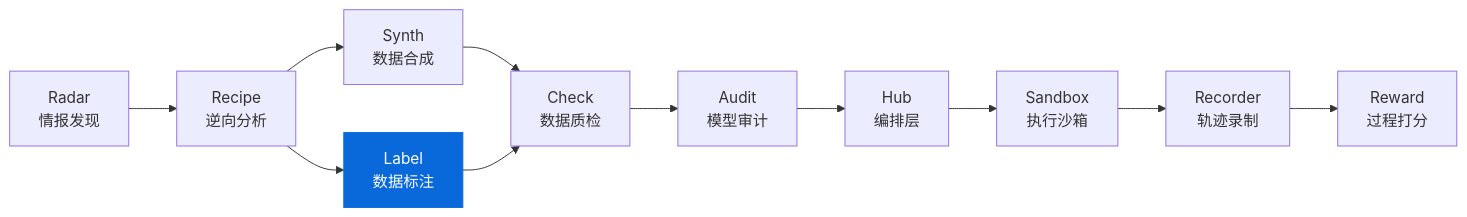
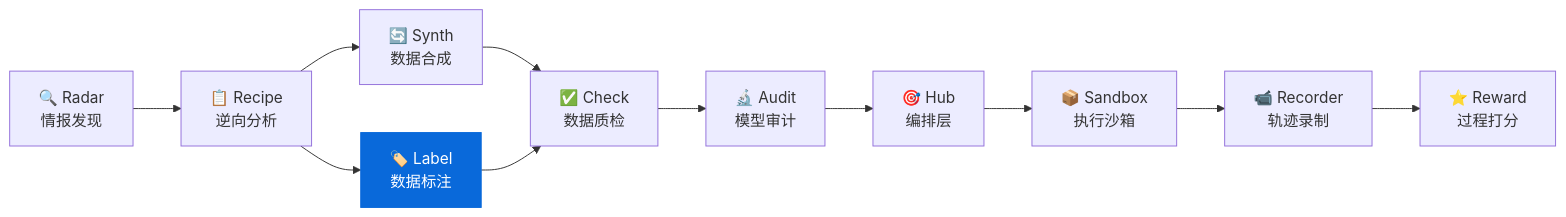
One commit to liuxiaotong/data-label changed the diagram in README.md. Above: the diagram before and after it, drawn with Mermaid.

Commit message:
docs: Mermaid 图补充 emoji 与其他项目统一

````diff
--- a/README.md
+++ b/README.md
@@ -637,14 +637,14 @@
 ```mermaid
 graph LR
-    Radar["Radar<br/>情报发现"] --> Recipe["Recipe<br/>逆向分析"]
-    Recipe --> Synth["Synth<br/>数据合成"]
-    Recipe --> Label["Label<br/>数据标注"]
-    Synth --> Check["Check<br/>数据质检"]
+    Radar["🔍 Radar<br/>情报发现"] --> Recipe["📋 Recipe<br/>逆向分析"]
+    Recipe --> Synth["🔄 Synth<br/>数据合成"]
+    Recipe --> Label["🏷️ Label<br/>数据标注"]
+    Synth --> Check["✅ Check<br/>数据质检"]
     Label --> Check
-    Check --> Audit["Audit<br/>模型审计"]
-    Audit --> Hub["Hub<br/>编排层"]
-    Hub --> Sandbox["Sandbox<br/>执行沙箱"]
-    Sandbox --> Recorder["Recorder<br/>轨迹录制"]
-    Recorder --> Reward["Reward<br/>过程打分"]
+    Check --> Audit["🔬 Audit<br/>模型审计"]
+    Audit --> Hub["🎯 Hub<br/>编排层"]
+    Hub --> Sandbox["📦 Sandbox<br/>执行沙箱"]
+    Sandbox --> Recorder["📹 Recorder<br/>轨迹录制"]
+    Recorder --> Reward["⭐ Reward<br/>过程打分"]
     style Label fill:#0969da,color:#fff,stroke:#0969da
 ```
````
